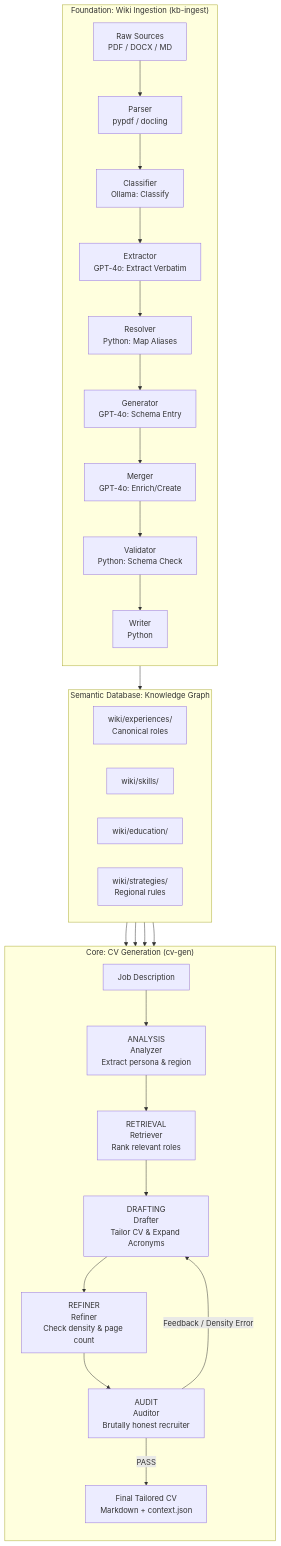
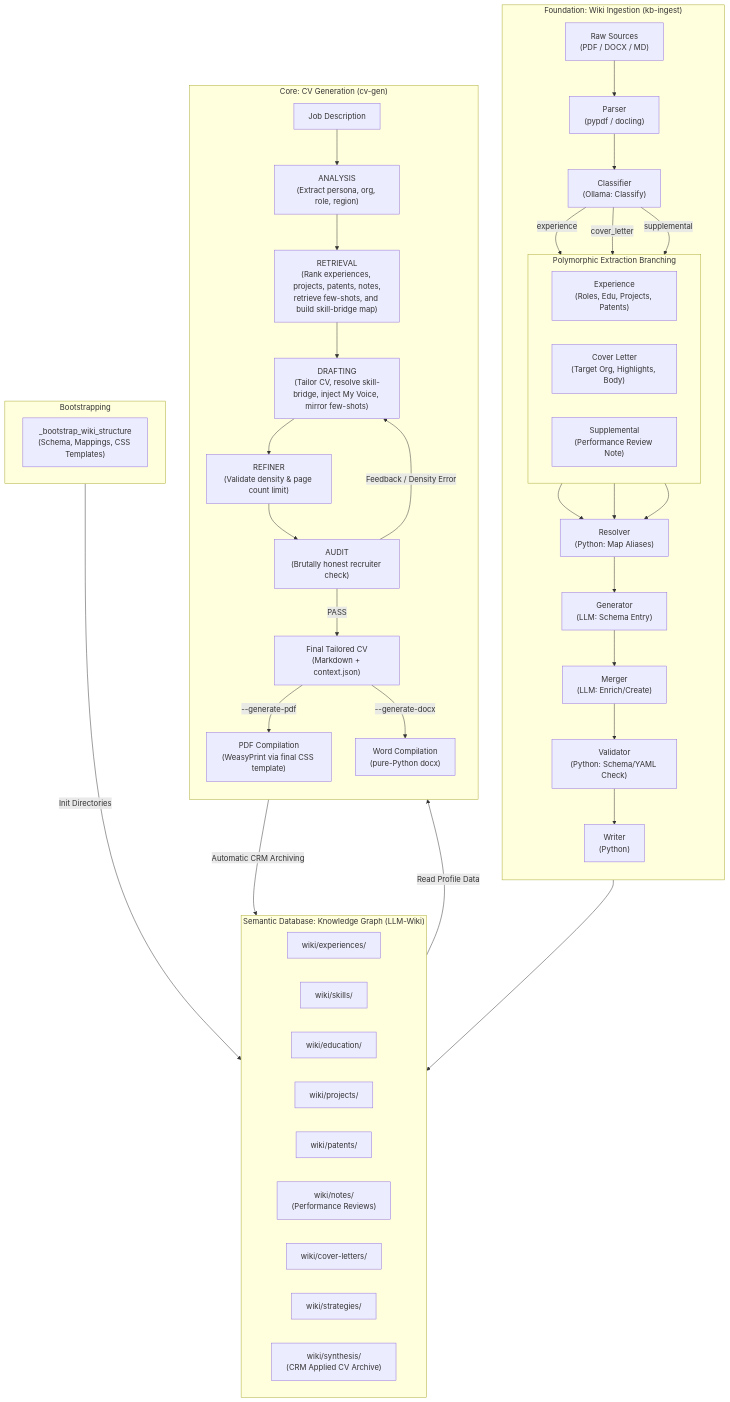
Before and after one commit to bvrabete/career-os: the diagram in README.md, drawn with Mermaid. The commit also changed other lines of this file and 83 other files, not shown here.

First line of the commit message:
Multi-Source Ingestion, Polymorphic Extraction, Skill Bridging, and Dynamic PDF Compilation Chaining (#3)

````diff
--- a/README.md
+++ b/README.md
@@ -15,46 +15,73 @@
 ```mermaid
 graph TD
-    subgraph GENERATION ["Core: CV Generation (cv-gen)"]
-        direction TB
-        JD[Job Description]
-        Analyzer[ANALYSIS\nAnalyzer\nExtract persona & region]
-        Retriever[RETRIEVAL\nRetriever\nRank relevant roles]
-        Drafter[DRAFTING\nDrafter\nTailor CV & Expand Acronyms]
-        Refiner[REFINER\nRefiner\nCheck density & page count]
-        Auditor[AUDIT\nAuditor\nBrutally honest recruiter]
-        FinalCV[Final Tailored CV\nMarkdown + context.json]
-
-        JD --> Analyzer --> Retriever --> Drafter --> Refiner --> Auditor
-        Auditor -->|Feedback / Density Error| Drafter
-        Auditor -->|PASS| FinalCV
-    end
-
-    subgraph WIKI ["Semantic Database: Knowledge Graph"]
-        direction LR
-        Experiences["wiki/experiences/\nCanonical roles"]
-        Skills["wiki/skills/"]
-        Education["wiki/education/"]
-        Strategies["wiki/strategies/\nRegional rules"]
+    subgraph BOOTSTRAP ["Bootstrapping"]
+        B_Helper["_bootstrap_wiki_structure<br>(Schema, Mappings, CSS Templates)"]
     end
 
     subgraph INGESTION ["Foundation: Wiki Ingestion (kb-ingest)"]
         direction TB
-        Raw["Raw Sources\nPDF / DOCX / MD"]
-        Parser[Parser\npypdf / docling]
-        Classifier[Classifier\nOllama: Classify]
-        Extractor[Extractor\nGPT-4o: Extract Verbatim]
-        Resolver[Resolver\nPython: Map Aliases]
-        Generator[Generator\nGPT-4o: Schema Entry]
-        Merger[Merger\nGPT-4o: Enrich/Create]
-        Validator[Validator\nPython: Schema Check]
-        Writer[Writer\nPython]
-
-        Raw --> Parser --> Classifier --> Extractor --> Resolver --> Generator --> Merger --> Validator --> Writer
+        Raw["Raw Sources<br>(PDF / DOCX / MD)"] --> Parser["Parser<br>(pypdf / docling)"]
+        Parser --> Classifier["Classifier<br>(Ollama: Classify)"]
+        
+        subgraph POLYMORPHIC ["Polymorphic Extraction Branching"]
+            direction LR
+            Ext_Exp["Experience<br>(Roles, Edu, Projects, Patents)"]
+            Ext_CL["Cover Letter<br>(Target Org, Highlights, Body)"]
+            Ext_Supp["Supplemental<br>(Performance Review Note)"]
+        end
+        
+        Classifier -->|experience| Ext_Exp
+        Classifier -->|cover_letter| Ext_CL
+        Classifier -->|supplemental| Ext_Supp
+        
+        Resolver["Resolver<br>(Python: Map Aliases)"]
+        Ext_Exp --> Resolver
+        Ext_CL --> Resolver
+        Ext_Supp --> Resolver
+        
+        Resolver --> Generator["Generator<br>(LLM: Schema Entry)"]
+        Generator --> Merger["Merger<br>(LLM: Enrich/Create)"]
+        Merger --> Validator["Validator<br>(Python: Schema/YAML Check)"]
+        Validator --> Writer["Writer<br>(Python)"]
     end
 
-    Writer --> Experiences
-    Experiences --> Retriever
-    Skills --> Retriever
-    Education --> Retriever
-    Strategies --> Retriever
+    BOOTSTRAP -->|Init Directories| WIKI
+
+    subgraph WIKI ["Semantic Database: Knowledge Graph (LLM-Wiki)"]
+        direction LR
+        Experiences["wiki/experiences/"]
+        Skills["wiki/skills/"]
+        Education["wiki/education/"]
+        Projects["wiki/projects/"]
+        Patents["wiki/patents/"]
+        Notes["wiki/notes/<br>(Performance Reviews)"]
+        CoverLetters["wiki/cover-letters/"]
+        Strategies["wiki/strategies/"]
+        Synthesis["wiki/synthesis/<br>(CRM Applied CV Archive)"]
+    end
+
+    Writer --> WIKI
+
+    subgraph GENERATION ["Core: CV Generation (cv-gen)"]
+        direction TB
+        JD["Job Description"] --> Analyzer["ANALYSIS<br>(Extract persona, org, role, region)"]
+        Analyzer --> Retriever["RETRIEVAL<br>(Rank experiences, projects, patents, notes,<br>retrieve few-shots, and build skill-bridge map)"]
+        
+        Retriever --> Drafter["DRAFTING<br>(Tailor CV, resolve skill-bridge, inject My Voice, mirror few-shots)"]
+        Drafter --> Refiner["REFINER<br>(Validate density & page count limit)"]
+        Refiner --> Auditor["AUDIT<br>(Brutally honest recruiter check)"]
+        
+        Auditor -->|Feedback / Density Error| Drafter
+        
+        FinalCV["Final Tailored CV<br>(Markdown + context.json)"]
+        Auditor -->|PASS| FinalCV
+        
+        PDF["PDF Compilation<br>(WeasyPrint via final CSS template)"]
+        Word["Word Compilation<br>(pure-Python docx)"]
+        FinalCV -->|--generate-pdf| PDF
+        FinalCV -->|--generate-docx| Word
+    end
+
+    WIKI -->|Read Profile Data| Retriever
+    FinalCV -->|Automatic CRM Archiving| Synthesis
 ```
````
